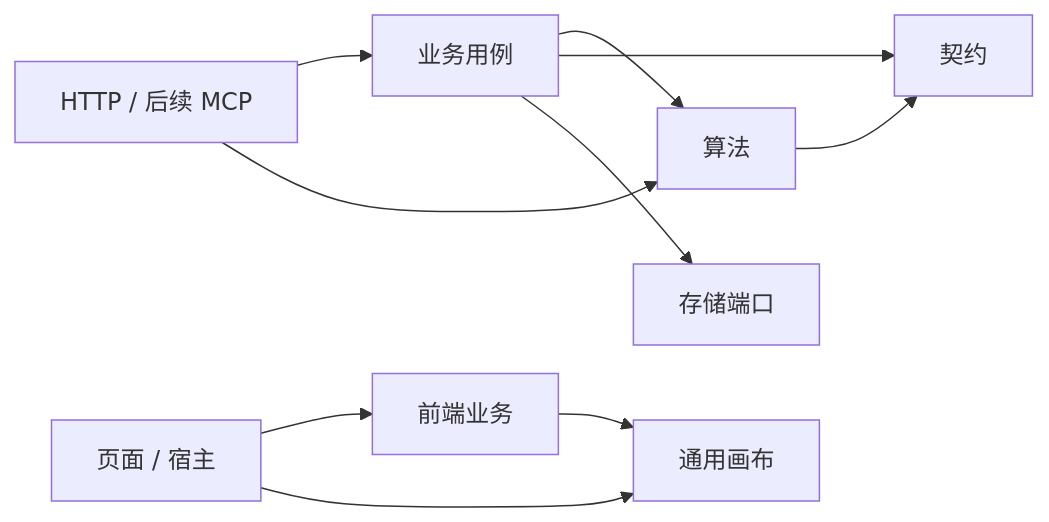
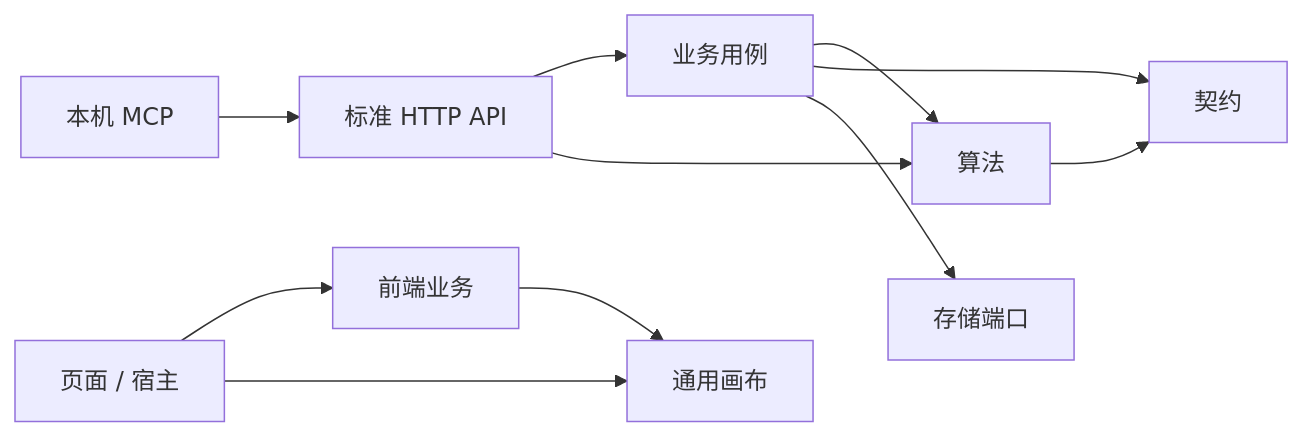
The diagram in docs/代码模块与实施进度.md (ATmoos985/CurDemoTwo), drawn with Mermaid before and after one commit. The commit also changed other lines of this file and 22 other files, not shown here.

````diff
--- a/docs/代码模块与实施进度.md
+++ b/docs/代码模块与实施进度.md
@@ -31,12 +33,13 @@
 ```mermaid
 flowchart LR
-    HTTP["HTTP / 后续 MCP"] --> BUSINESS["业务用例"]
+    MCP["本机 MCP"] --> HTTP["标准 HTTP API"]
+    HTTP --> BUSINESS["业务用例"]
     HTTP --> ALGORITHM["算法"]
     BUSINESS --> ALGORITHM
     BUSINESS --> CONTRACT["契约"]
     ALGORITHM --> CONTRACT
     BUSINESS --> STORAGE["存储端口"]
     PAGE["页面 / 宿主"] --> WEBBUS["前端业务"]
     WEBBUS --> CANVAS["通用画布"]
     PAGE --> CANVAS
 ```
````
